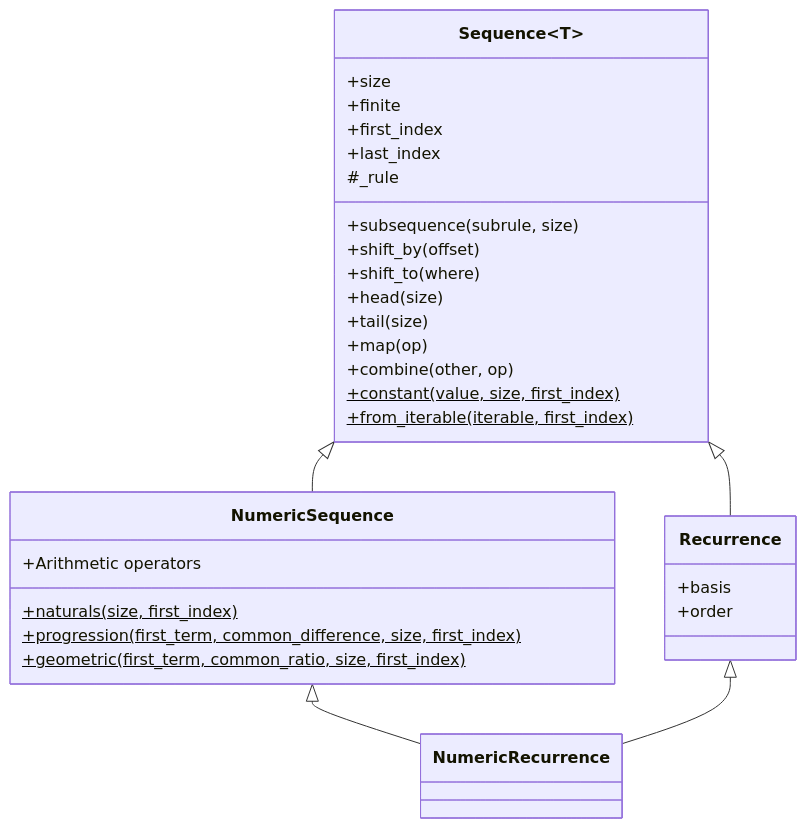
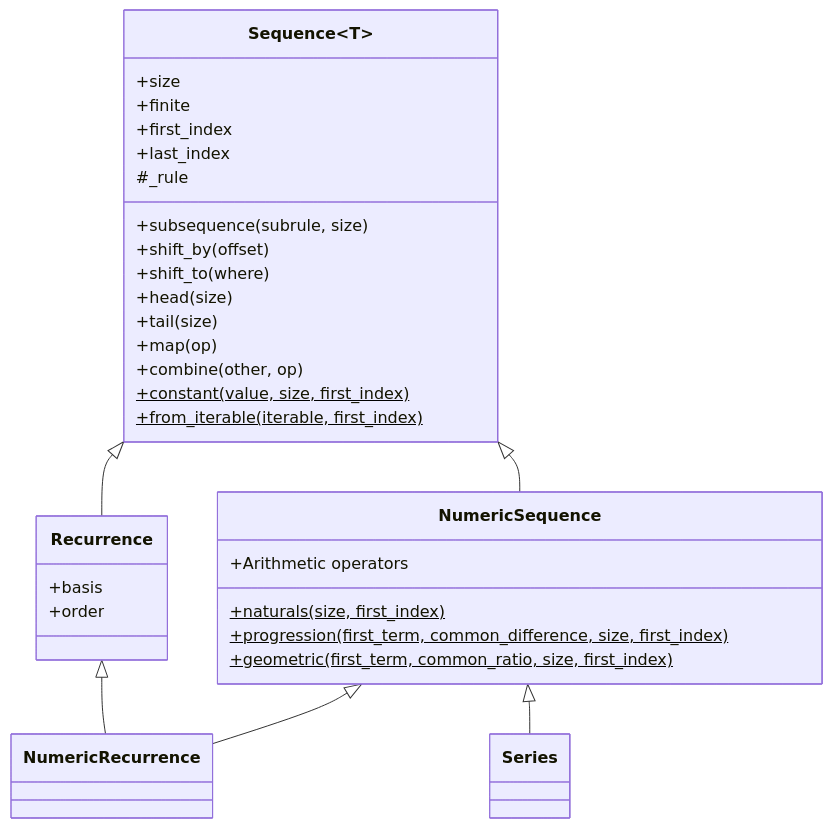
The diagram in ARCHITECTURE.md (avikpln/calculus), drawn with Mermaid before and after one commit. The commit also changed other lines of this file and 5 other files, not shown here.

First line of the commit message:
Add Series for partial-sum sequences

````diff
--- a/ARCHITECTURE.md
+++ b/ARCHITECTURE.md
@@ -8,38 +8,40 @@
 ```mermaid
 classDiagram
     class Sequence~T~ {
         +size
         +finite
         +first_index
         +last_index
         +subsequence(subrule, size)
         +shift_by(offset)
         +shift_to(where)
         +head(size)
         +tail(size)
         +map(op)
         +combine(other, op)
         +constant(value, size, first_index)$
         +from_iterable(iterable, first_index)$
         #_rule
     }
 
     class NumericSequence {
         +Arithmetic operators
         +naturals(size, first_index)$
         +progression(first_term, common_difference, size, first_index)$
         +geometric(first_term, common_ratio, size, first_index)$
     }
 
     Sequence <|-- NumericSequence
 
     class Recurrence {
         +basis
         +order
     }
 
     Sequence <|-- Recurrence
 
     NumericSequence <|-- NumericRecurrence
     Recurrence <|-- NumericRecurrence
+
+    NumericSequence <|-- Series
 ```
````
